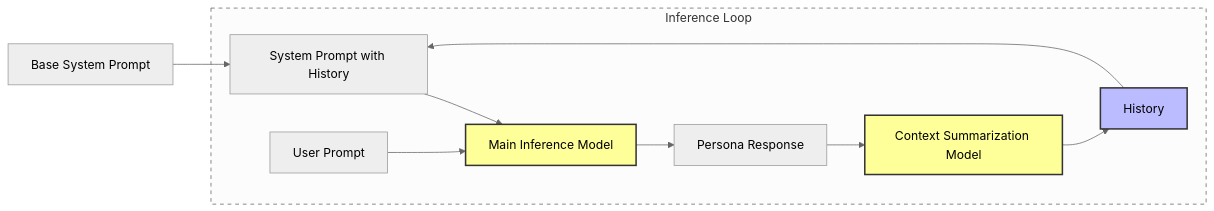
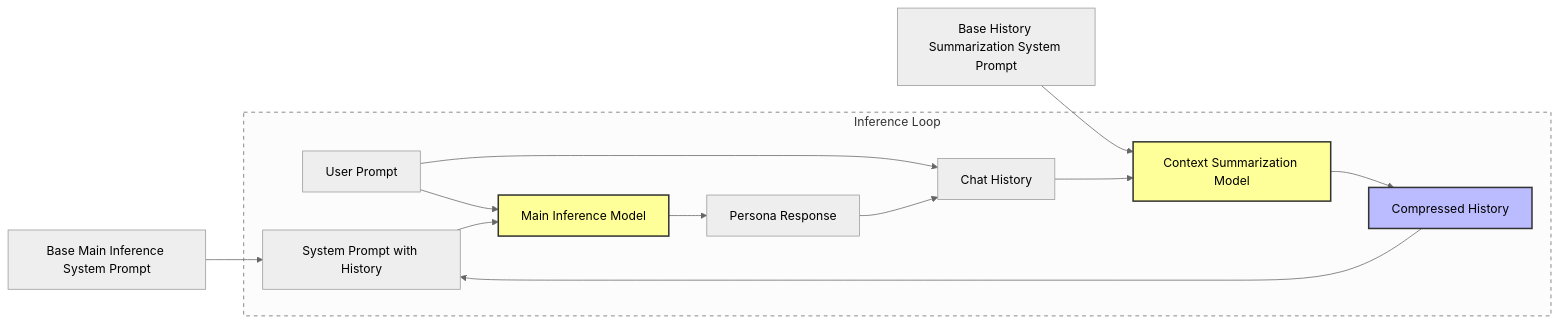
One commit to zi-wa/History-LM changed the diagram in README.md. Above: the diagram before and after it, drawn with Mermaid (neutral theme).

````diff
--- a/README.md
+++ b/README.md
@@ -3,27 +3,30 @@
 ```mermaid
 ---
 config:
   layout: dagre
 ---
 flowchart LR
  subgraph loop["Inference Loop"]
         System["System Prompt with History"]
-        History["History"]
+        History["Compressed History"]
         MainLM["Main Inference Model"]
         User["User Prompt"]
         Response["Persona Response"]
         SummLM["Context Summarization Model"]
+        HistorySys["Chat History"]
   end
+    BaseSystem["Base Main Inference System Prompt"] --> System
+    BaseHis["Base History Summarization System Prompt"] --> SummLM
+    History --> System
+    User --> MainLM & HistorySys
     System --> MainLM
-    BaseSystem["Base System Prompt"] --> System
-    History --> System
-    User --> MainLM
     MainLM --> Response
-    Response --> SummLM
+    Response --> HistorySys
     SummLM --> History
+    HistorySys --> SummLM
 
+    style History fill:#bbf,stroke:#333,stroke-width:2px,color:#000
     style MainLM fill:#ff9,stroke:#333,stroke-width:2px,color:#000
-    style History fill:#bbf,stroke:#333,stroke-width:2px,color:#000
     style SummLM fill:#ff9,stroke:#333,stroke-width:2px,color:#000
     style loop stroke:#666,stroke-dasharray: 5 5
 ```
````
